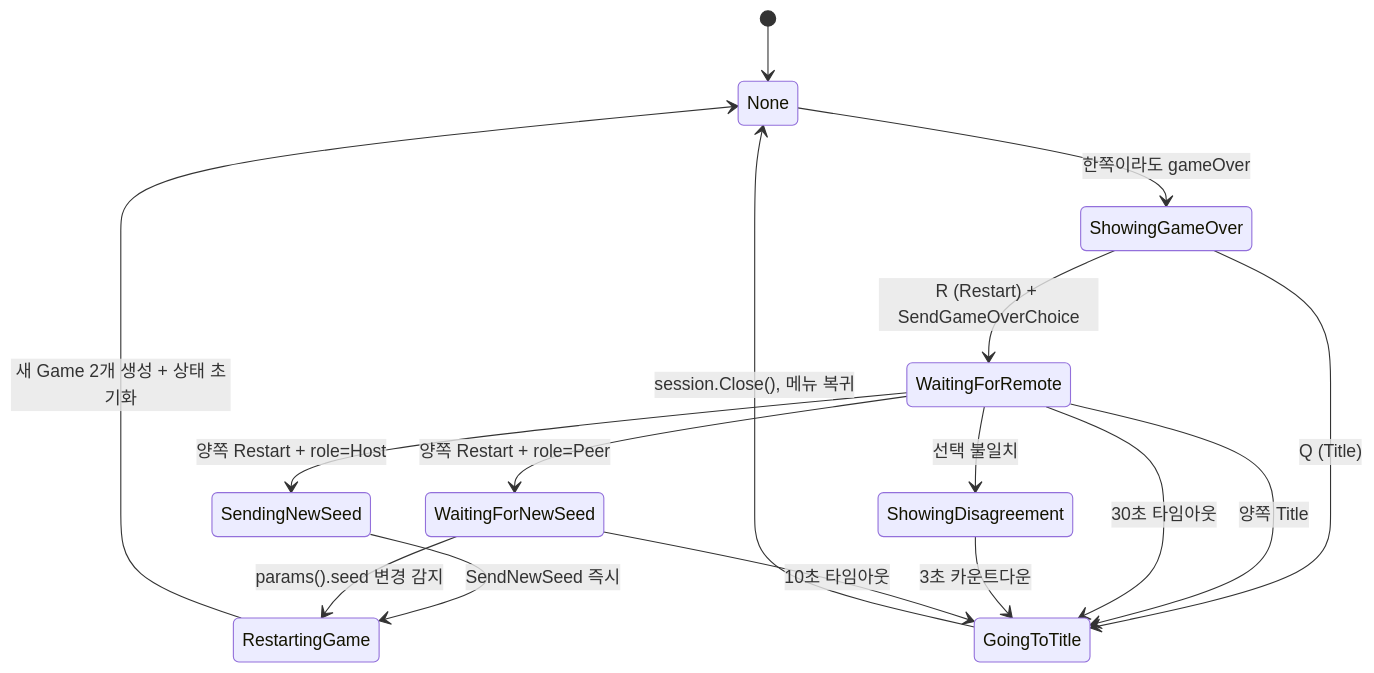
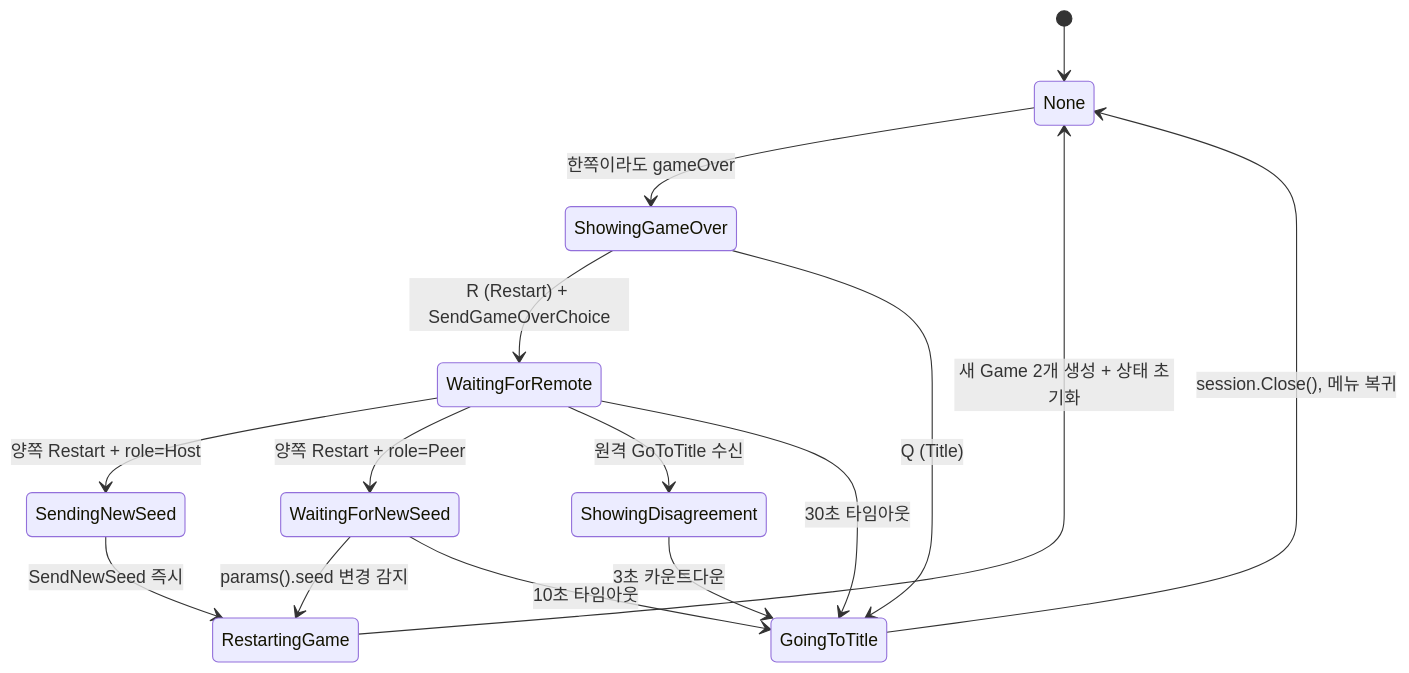
One commit to Rein-ArXiv/Tetris-Multiplayer-RL changed the sixth of 10 diagrams in docs/blog/part6-lockstep-networking.md. Above: the diagram before and after it, drawn with Mermaid. The commit also changed other lines of this file and 51035 other files, not shown here.

````diff
--- a/docs/blog/part6-lockstep-networking.md
+++ b/docs/blog/part6-lockstep-networking.md
@@ -1685,22 +1763,21 @@
 ```mermaid
 stateDiagram-v2
     [*] --> None
     None --> ShowingGameOver: 한쪽이라도 gameOver
     ShowingGameOver --> WaitingForRemote: R (Restart) + SendGameOverChoice
     ShowingGameOver --> GoingToTitle: Q (Title)
 
     WaitingForRemote --> SendingNewSeed: 양쪽 Restart + role=Host
     WaitingForRemote --> WaitingForNewSeed: 양쪽 Restart + role=Peer
-    WaitingForRemote --> GoingToTitle: 양쪽 Title
-    WaitingForRemote --> ShowingDisagreement: 선택 불일치
+    WaitingForRemote --> ShowingDisagreement: 원격 GoToTitle 수신
     WaitingForRemote --> GoingToTitle: 30초 타임아웃
 
     ShowingDisagreement --> GoingToTitle: 3초 카운트다운
 
     SendingNewSeed --> RestartingGame: SendNewSeed 즉시
     WaitingForNewSeed --> RestartingGame: params().seed 변경 감지
     WaitingForNewSeed --> GoingToTitle: 10초 타임아웃
 
     RestartingGame --> None: 새 Game 2개 생성 + 상태 초기화
     GoingToTitle --> None: session.Close(), 메뉴 복귀
 ```
````
